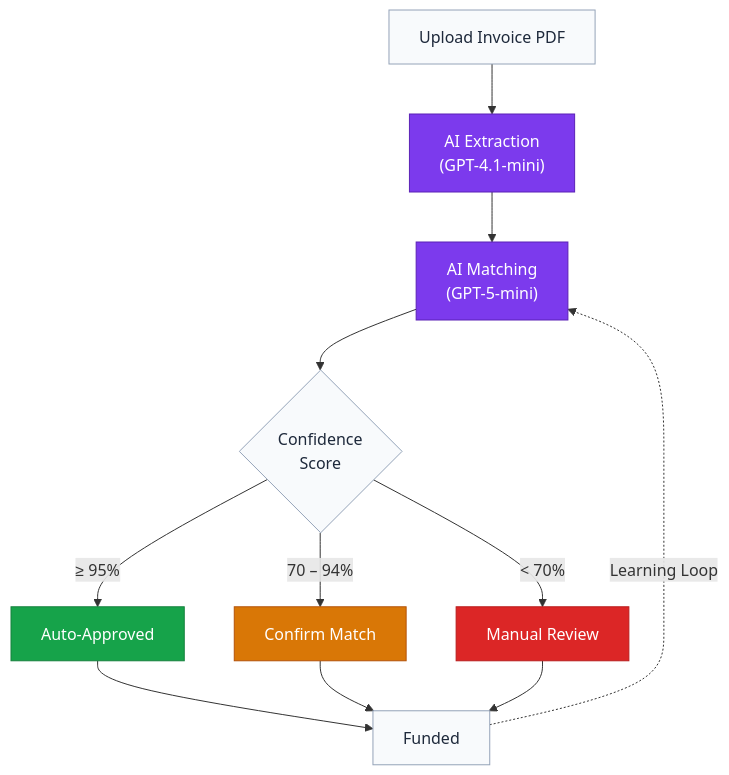
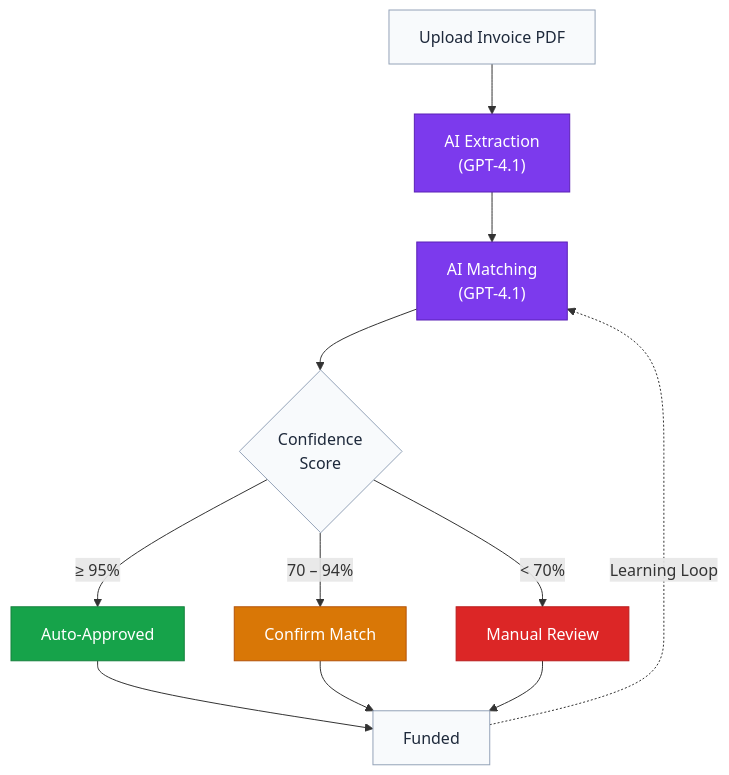
The fourth of 4 diagrams in docs/ARCHITECTURE.md (grysngrhm-tech/TD3-docs), drawn with Mermaid before and after one commit. The commit also changed 1 other file, not shown here.

Commit message:
docs: sync from private repo
Automated sync of public documentation files.
Source commit: 9fcb80137bb74d9899a3f359649a9bfb72b3f27c

````diff
--- a/docs/ARCHITECTURE.md
+++ b/docs/ARCHITECTURE.md
@@ -140,27 +140,27 @@
 ```mermaid
 flowchart TB
-    Upload["Upload Invoice PDF"] --> Extraction["AI Extraction\n(GPT-4.1-mini)"]
-    Extraction --> Matching["AI Matching\n(GPT-5-mini)"]
+    Upload["Upload Invoice PDF"] --> Extraction["AI Extraction\n(GPT-4.1)"]
+    Extraction --> Matching["AI Matching\n(GPT-4.1)"]
     Matching --> Scoring{"Confidence\nScore"}
 
     Scoring -->|"≥ 95%"| Auto["Auto-Approved"]
     Scoring -->|"70 – 94%"| Confirm["Confirm Match"]
     Scoring -->|"< 70%"| Manual["Manual Review"]
 
     Auto --> Funded["Funded"]
     Confirm --> Funded
     Manual --> Funded
 
     Funded -.->|"Learning Loop"| Matching
 
     classDef ai fill:#7c3aed,stroke:#5b21b6,color:#fff
     classDef green fill:#16a34a,stroke:#15803d,color:#fff
     classDef amber fill:#d97706,stroke:#b45309,color:#fff
     classDef red fill:#dc2626,stroke:#b91c1c,color:#fff
     classDef default fill:#f8fafc,stroke:#94a3b8,color:#1e293b
 
     class Extraction,Matching ai
     class Auto green
     class Confirm amber
     class Manual red
 ```
````
